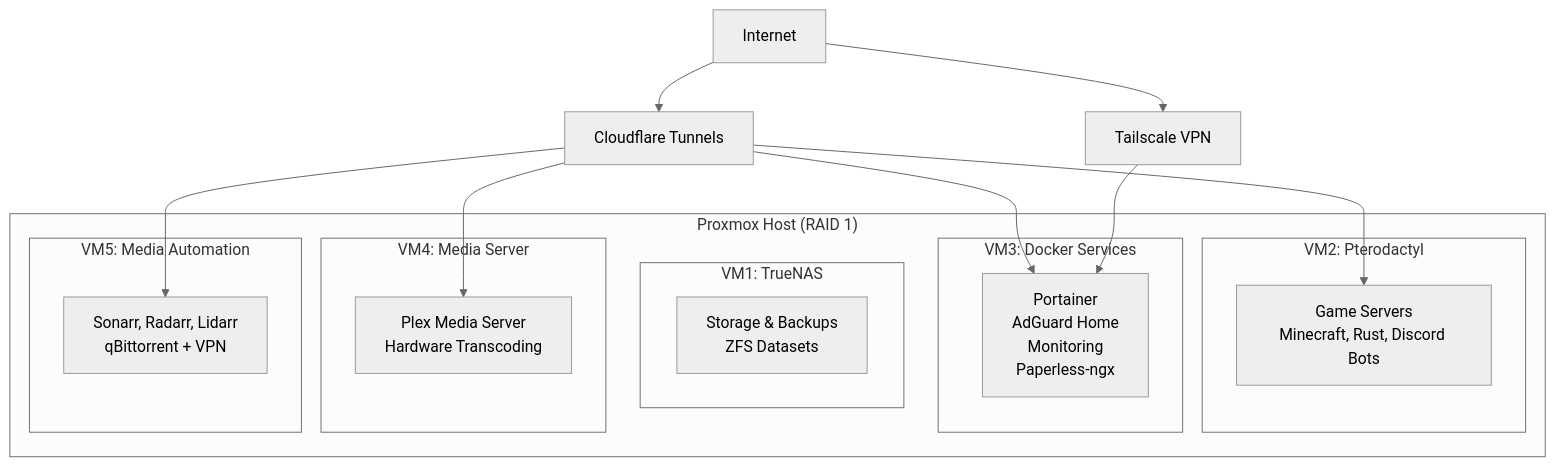
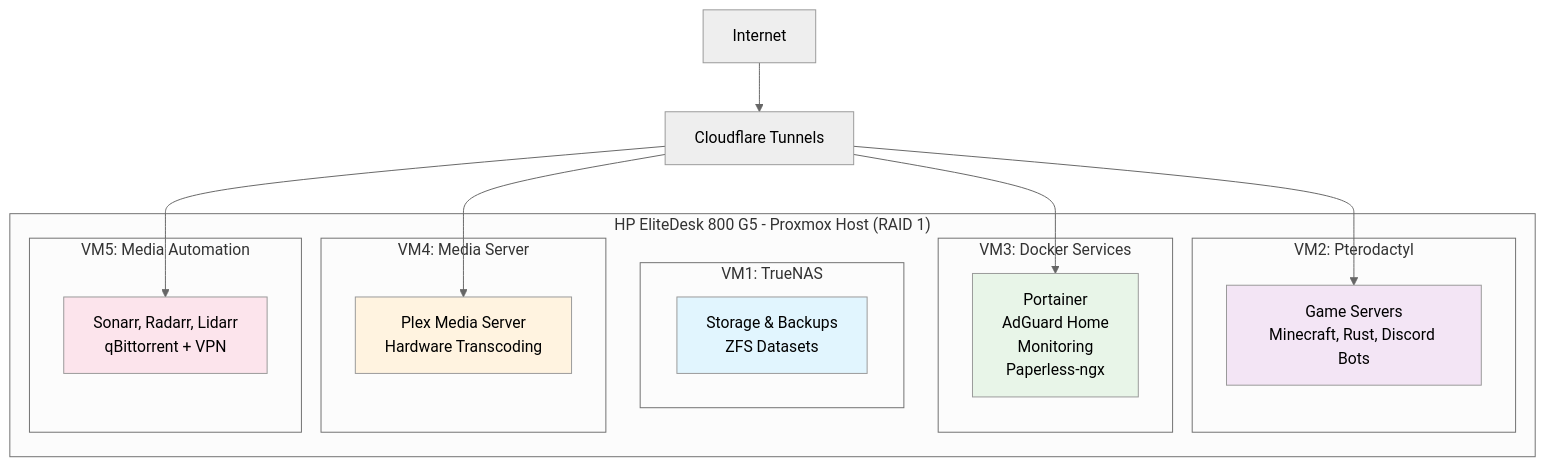
The diagram in README.md (TehZombiJesus/home-lab-setup), drawn with Mermaid (neutral theme) before and after one commit. The commit also changed other lines of this file, not shown here.

````diff
--- a/README.md
+++ b/README.md
@@ -55,34 +19,37 @@
 ```mermaid
 graph TB
-    subgraph "Proxmox Host (RAID 1)"
+    subgraph "HP EliteDesk 800 G5 - Proxmox Host (RAID 1)"
         subgraph "VM1: TrueNAS"
             A[Storage & Backups<br/>ZFS Datasets]
         end
         
         subgraph "VM2: Pterodactyl"
             B[Game Servers<br/>Minecraft, Rust, Discord Bots]
         end
         
         subgraph "VM3: Docker Services"
             C[Portainer<br/>AdGuard Home<br/>Monitoring<br/>Paperless-ngx]
         end
         
         subgraph "VM4: Media Server"
             D[Plex Media Server<br/>Hardware Transcoding]
         end
         
         subgraph "VM5: Media Automation"
             E[Sonarr, Radarr, Lidarr<br/>qBittorrent + VPN]
         end
     end
     
     F[Cloudflare Tunnels] --> B
     F --> C
     F --> D
     F --> E
     
-    G[Tailscale VPN] --> C
+    H[Internet] --> F
     
-    H[Internet] --> F
-    H --> G
+    style A fill:#e1f5fe
+    style B fill:#f3e5f5
+    style C fill:#e8f5e8
+    style D fill:#fff3e0
+    style E fill:#fce4ec
 ```
````
